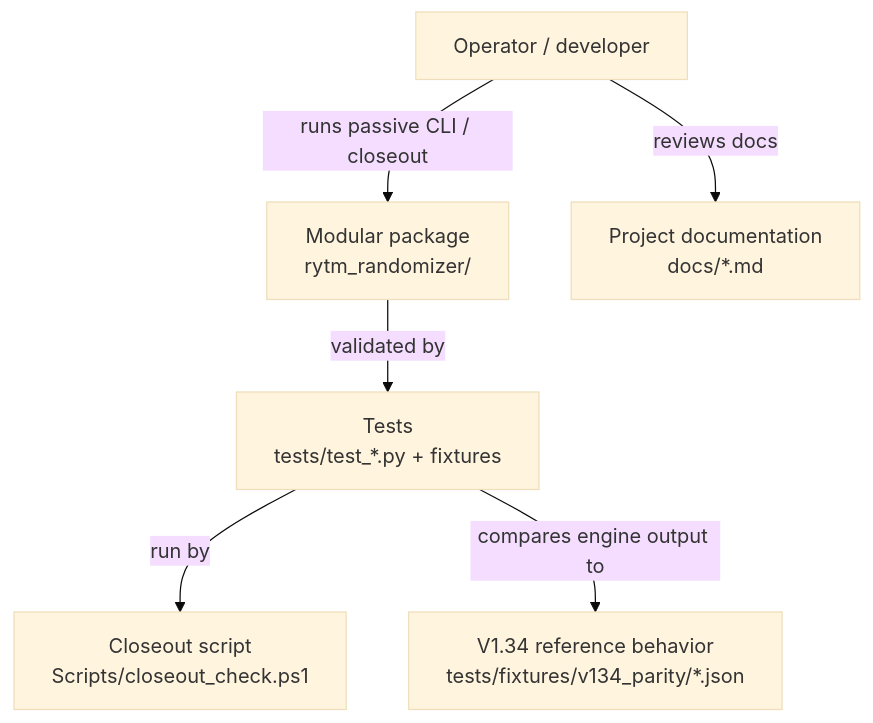
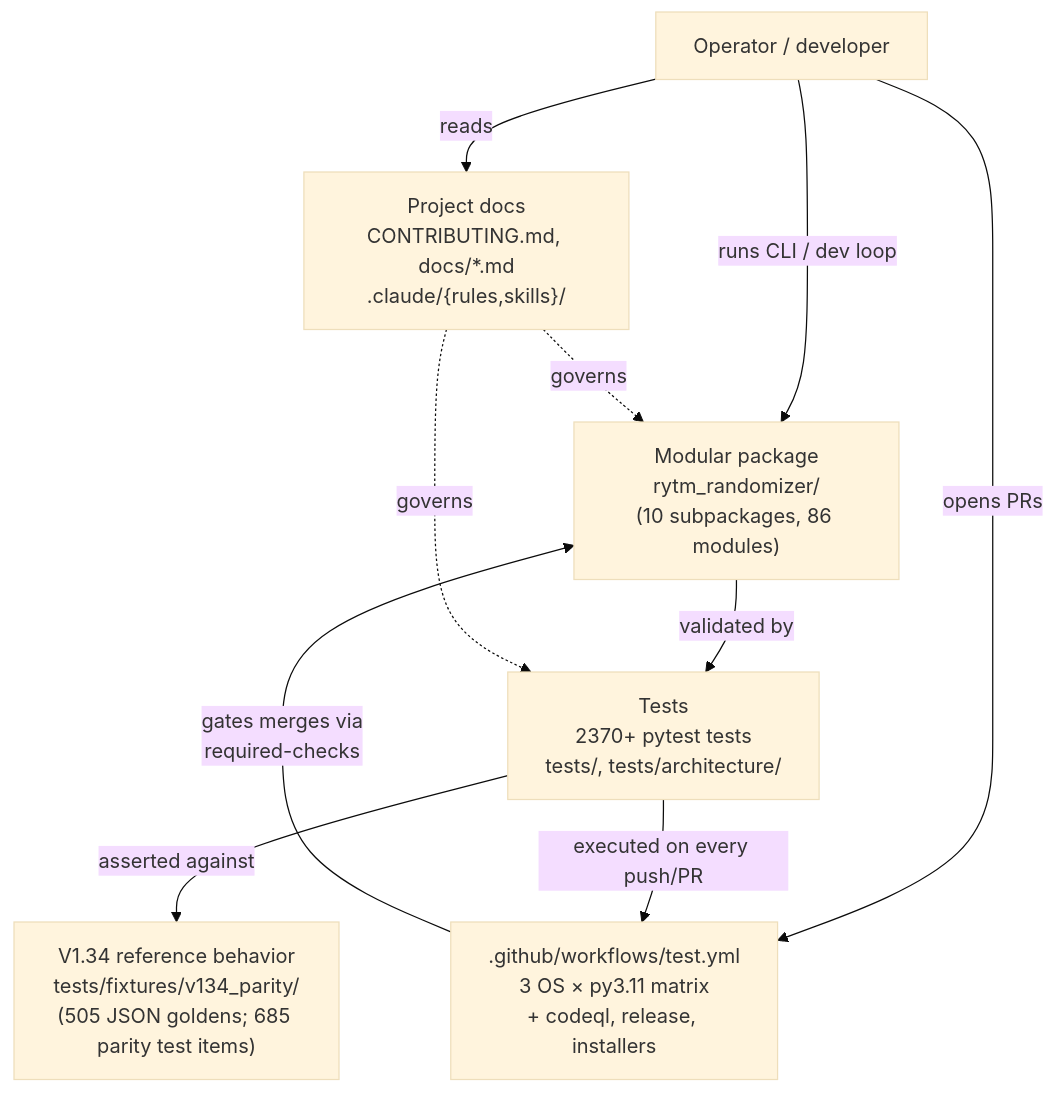
The first of 26 diagrams in docs/ARCHITECTURE_DIAGRAMS.md (buzzijose-hub/RytmRandomizer), drawn with Mermaid (base theme) before and after one commit. The commit also changed other lines of this file and 3 other files, not shown here.

First line of the commit message:
docs: add 26 mermaid diagrams + AGENTS.md + refresh ARCHITECTURE.md cross-links

````diff
--- a/docs/ARCHITECTURE_DIAGRAMS.md
+++ b/docs/ARCHITECTURE_DIAGRAMS.md
@@ -43,16 +47,22 @@
 ```mermaid
 flowchart TB
     User["Operator / developer"]
-    V134["V1.34 reference behavior\ntests/fixtures/v134_parity/*.json"]
-    Package["Modular package\nrytm_randomizer/"]
-    Tests["Tests\ntests/test_*.py + fixtures"]
-    Closeout["Closeout script\nScripts/closeout_check.ps1"]
-    Docs["Project documentation\ndocs/*.md"]
+    V134["V1.34 reference behavior<br/>tests/fixtures/v134_parity/<br/>(505 JSON goldens; 685 parity test items)"]
+    Package["Modular package<br/>rytm_randomizer/<br/>(10 subpackages, 86 modules)"]
+    Tests["Tests<br/>2370+ pytest tests<br/>tests/, tests/architecture/"]
+    CI[".github/workflows/test.yml<br/>3 OS × py3.11 matrix<br/>+ codeql, release, installers"]
+    Docs["Project docs<br/>CONTRIBUTING.md, docs/*.md<br/>.claude/{rules,skills}/"]
 
-    User -->|"runs passive CLI / closeout"| Package
-    User -->|"reviews docs"| Docs
+    User -->|"runs CLI / dev loop"| Package
+    User -->|"opens PRs"| CI
+    User -->|"reads"| Docs
 
     Package -->|"validated by"| Tests
-    Tests -->|"run by"| Closeout
-    Tests -->|"compares engine output to"| V134
+    Tests -->|"asserted against"| V134
+    Tests -->|"executed on every push/PR"| CI
+
+    CI -->|"gates merges via<br/>required-checks"| Package
+
+    Docs -.->|"governs"| Package
+    Docs -.->|"governs"| Tests
 ```
````
